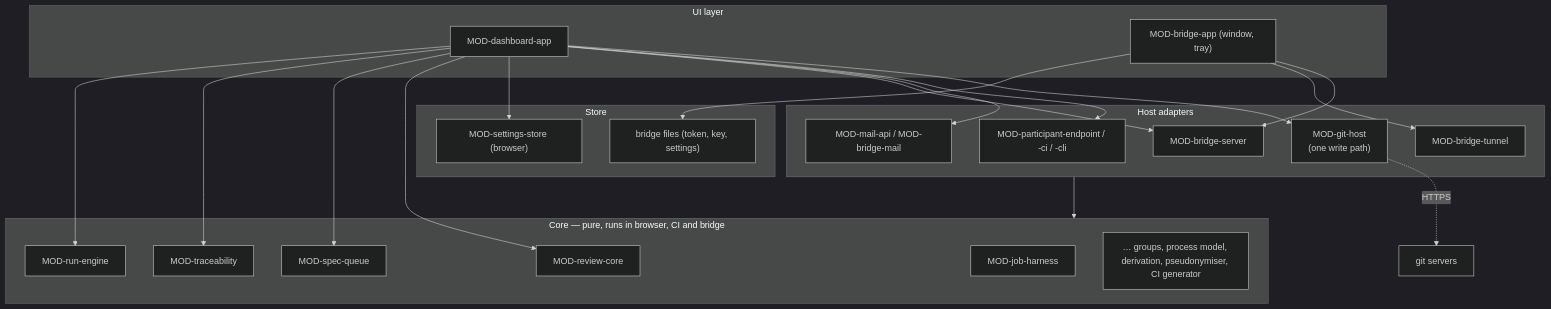
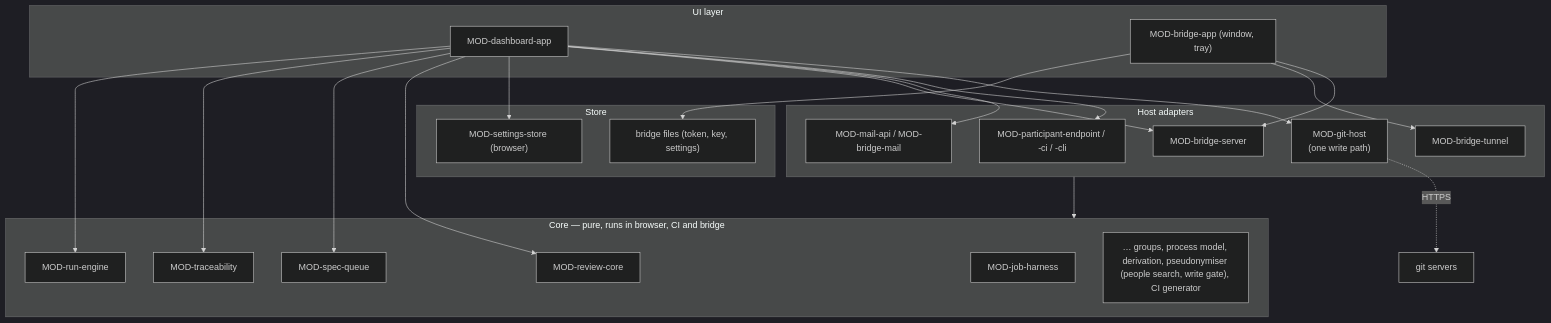
The diagram in docs/architecture/ARC-003-layers-core-adapters-store-ui.md (akmaier/agent-m), drawn with Mermaid (dark theme) before and after one commit. The commit also changed other lines of this file and 7 other files, not shown here.

First line of the commit message:
docs(architecture): report data rewritten without persons, checked by three LLMs — no surrogates (queue 2026-09-30k)

````diff
--- a/docs/architecture/ARC-003-layers-core-adapters-store-ui.md
+++ b/docs/architecture/ARC-003-layers-core-adapters-store-ui.md
@@ -57,31 +58,31 @@
 ```mermaid
 flowchart TB
     subgraph UI["UI layer"]
         APP["MOD-dashboard-app"]
         WIN["MOD-bridge-app (window, tray)"]
     end
     subgraph AD["Host adapters"]
         GIT["MOD-git-host<br/>(one write path)"]
         PART["MOD-participant-endpoint / -ci / -cli"]
         MAIL["MOD-mail-api / MOD-bridge-mail"]
         BSRV["MOD-bridge-server"]
         TUN["MOD-bridge-tunnel"]
     end
     subgraph ST["Store"]
         SS["MOD-settings-store (browser)"]
         BF["bridge files (token, key, settings)"]
     end
     subgraph CORE["Core — pure, runs in browser, CI and bridge"]
         RC["MOD-review-core"]
         SQ["MOD-spec-queue"]
         TR["MOD-traceability"]
         RE["MOD-run-engine"]
         JH["MOD-job-harness"]
-        OTH["… groups, process model, derivation, pseudonymiser, CI generator"]
+        OTH["… groups, process model, derivation, pseudonymiser (people search, write gate), CI generator"]
     end
     APP --> GIT & PART & MAIL & BSRV & SS
     APP --> RC & SQ & TR & RE
     WIN --> BSRV & TUN & BF
     AD --> CORE
     GIT -.->|HTTPS| EXT["git servers"]
 ```
````
